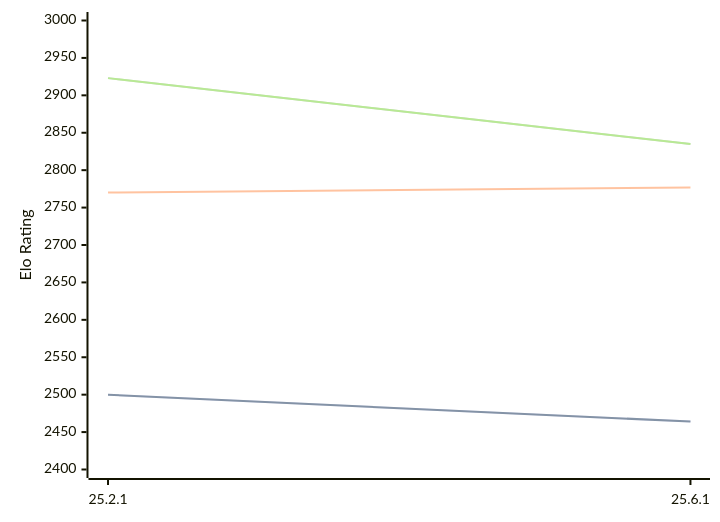
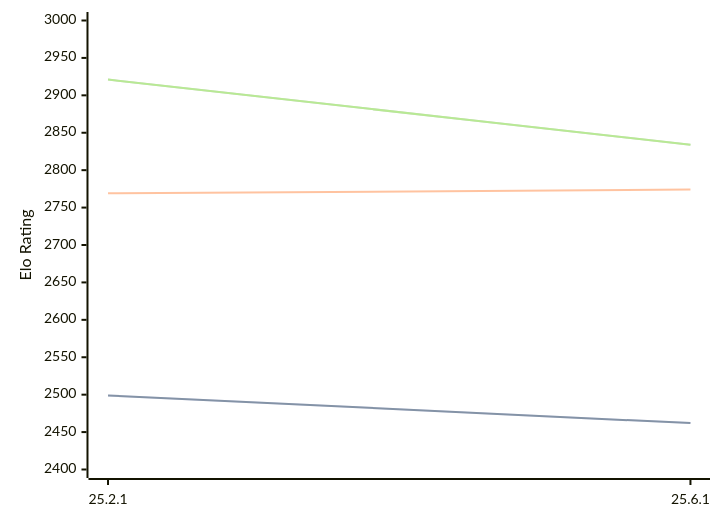
The diagram in engines/Crafty.md (computer-chess-index/cci), drawn with Mermaid before and after one commit. The commit also changed other lines of this file, not shown here.

Commit message:
Update CCI Ratings (ELO VLTC) - 2026-08-11

````diff
--- a/engines/Crafty.md
+++ b/engines/Crafty.md
@@ -32,11 +32,11 @@
 ```mermaid
 %%{init: {"theme":"base","themeVariables":{"seriesColors:['#a3a3a3','#222221','#faa371']}}}%%
 xychart-beta
   x-axis ["25.2.1", "25.6.1"]
   y-axis "Elo Rating" 2400 --> 3000
-  line "STC (8.0+0.08s)" [2500, 2464]
-  line "STC (8.0+0.08s)" [2500, 2464]
-  line "LTC (60.0+0.60s)" [2770, 2777]
-  line "VLTC (2m24s+1.12s)" [2923, 2835]
-  line "VLTC (2m24s+1.12s)" [2923, 2835]
+  line "STC (8.0+0.08s)" [2499, 2462]
+  line "STC (8.0+0.08s)" [2499, 2462]
+  line "LTC (60.0+0.60s)" [2769, 2774]
+  line "VLTC (2m24s+1.12s)" [2921, 2834]
+  line "VLTC (2m24s+1.12s)" [2921, 2834]
 ```
````
